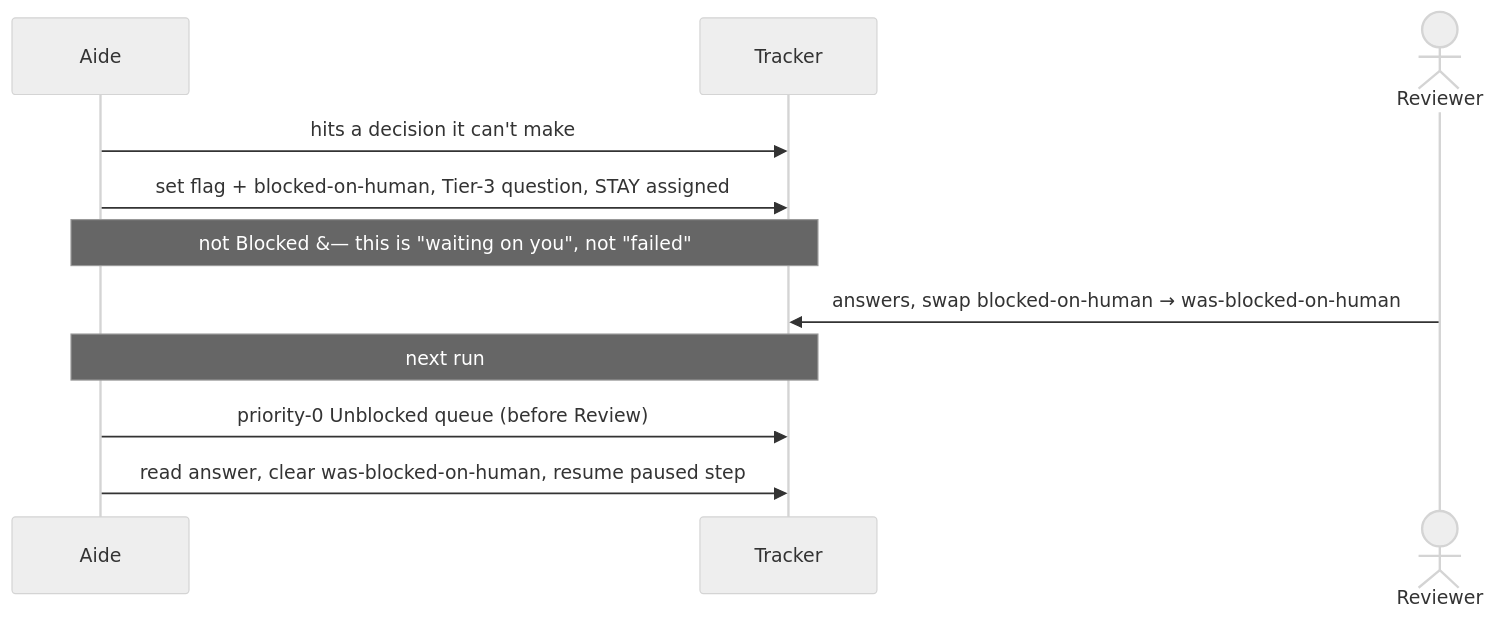
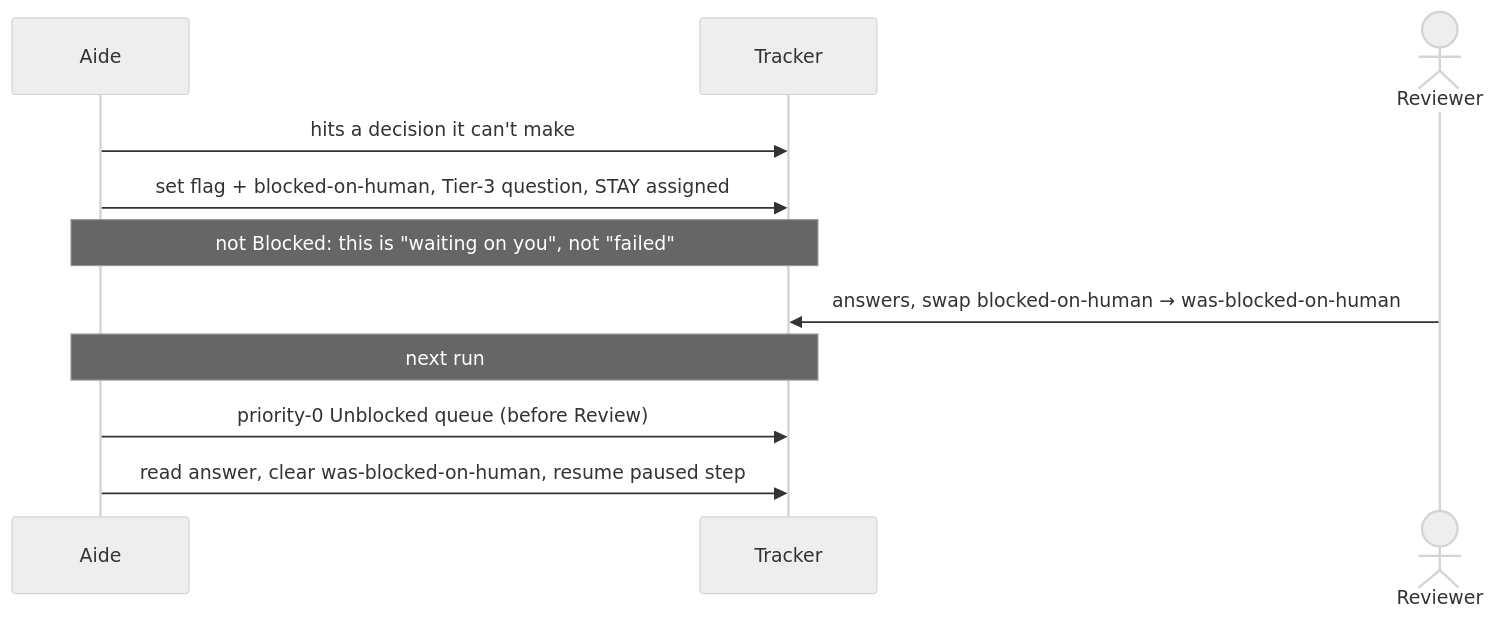
Before and after one commit to omars-lab/omars-lab.github.io: the third of 10 diagrams in bytesofpurpose-blog/designs/2026-06-22-aide.mdx, drawn with Mermaid (neutral theme). The commit also changed other lines of this file and 9 other files, not shown here.

````diff
--- a/bytesofpurpose-blog/designs/2026-06-22-aide.mdx
+++ b/bytesofpurpose-blog/designs/2026-06-22-aide.mdx
@@ -377,13 +377,13 @@
 ```mermaid
 sequenceDiagram
     participant W as Aide
     participant J as Tracker
     actor H as Reviewer
     W->>J: hits a decision it can't make
     W->>J: set flag + blocked-on-human, Tier-3 question, STAY assigned
-    Note over W,J: not Blocked &#8212; this is "waiting on you", not "failed"
+    Note over W,J: not Blocked: this is "waiting on you", not "failed"
     H->>J: answers, swap blocked-on-human → was-blocked-on-human
     Note over W,J: next run
     W->>J: priority-0 Unblocked queue (before Review)
     W->>J: read answer, clear was-blocked-on-human, resume paused step
 ```
````
